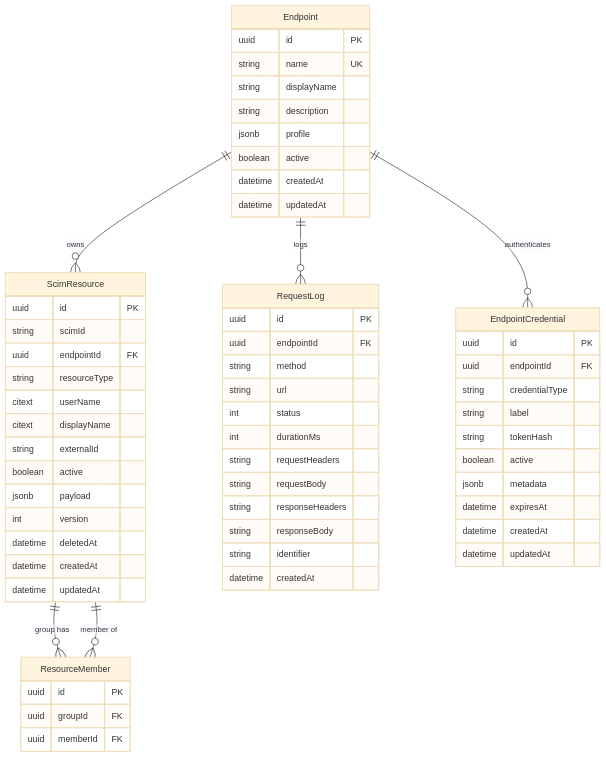
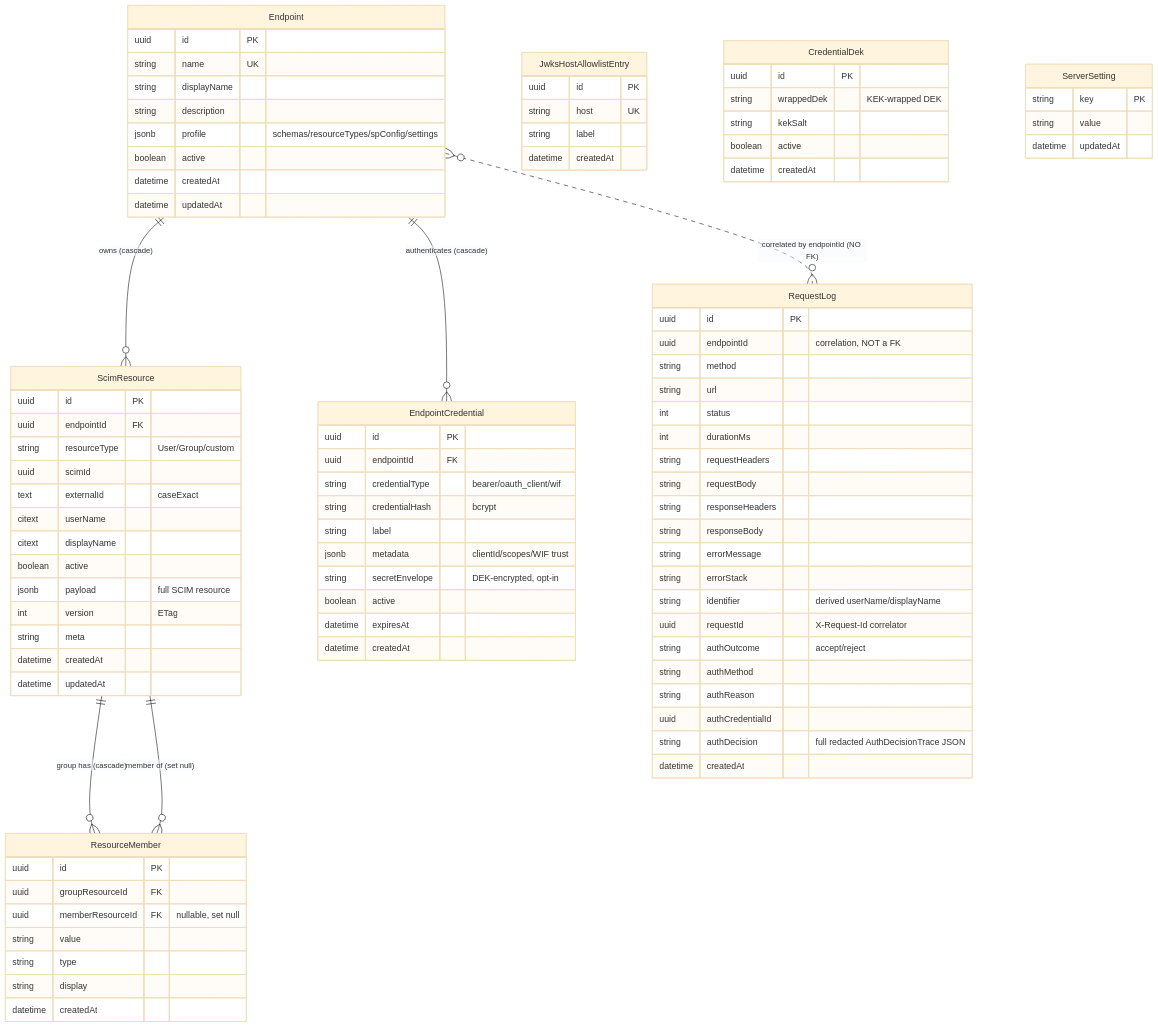
The first of 5 diagrams in README.md (pranems/SCIMServer), drawn with Mermaid (base theme) before and after one commit. The commit also changed other lines of this file and 2 other files, not shown here.

Commit message:
docs: sync DB model to current schema (8 tables) + RequestLog audit-trail decoupling
- README + TECHNICAL_DESIGN_DOCUMENT ER diagrams: were stale (5 tables, showed
  the removed Endpoint->RequestLog FK, wrong columns tokenHash/deletedAt, missing
  RequestLog auth/requestId columns + JwksHostAllowlistEntry/CredentialDek/
  ServerSetting). Now reflect the actual 8 tables + correct columns/relations.
- RequestLog.endpointId documented as a correlation column (NOT a FK): audit rows
  outlive the endpoint they describe; orphaned logs persist + are age-pruned
  (21d default), never cascaded on endpoint deletion.
- LOGGING_AND_OBSERVABILITY: added the FK-decoupling + orphaned-log lifecycle, the
  full RequestLog field list (auth summary + authDecision + requestId), and a
  clarifying table that there is ONE durable log table (RequestLog); the
  /log-config/audit endpoint is a category VIEW over the ephemeral ring buffer,
  not a second table.

````diff
--- a/README.md
+++ b/README.md
@@ -94,17 +99,17 @@
 ```mermaid
 erDiagram
-    Endpoint ||--o{ ScimResource : "owns"
-    Endpoint ||--o{ RequestLog : "logs"
-    Endpoint ||--o{ EndpointCredential : "authenticates"
-    ScimResource ||--o{ ResourceMember : "group has"
-    ScimResource ||--o{ ResourceMember : "member of"
+    Endpoint ||--o{ ScimResource : "owns (cascade)"
+    Endpoint ||--o{ EndpointCredential : "authenticates (cascade)"
+    ScimResource ||--o{ ResourceMember : "group has (cascade)"
+    ScimResource ||--o{ ResourceMember : "member of (set null)"
+    Endpoint }o..o{ RequestLog : "correlated by endpointId (NO FK)"
 
     Endpoint {
         uuid id PK
         string name UK
         string displayName
         string description
-        jsonb profile
+        jsonb profile "schemas/resourceTypes/spConfig/settings"
         boolean active
         datetime createdAt
         datetime updatedAt
@@ -112,23 +117,46 @@
 
     ScimResource {
         uuid id PK
-        string scimId
         uuid endpointId FK
-        string resourceType
+        string resourceType "User/Group/custom"
+        uuid scimId
+        text externalId "caseExact"
         citext userName
         citext displayName
-        string externalId
         boolean active
-        jsonb payload
-        int version
-        datetime deletedAt
+        jsonb payload "full SCIM resource"
+        int version "ETag"
+        string meta
         datetime createdAt
         datetime updatedAt
     }
 
+    ResourceMember {
+        uuid id PK
+        uuid groupResourceId FK
+        uuid memberResourceId FK "nullable, set null"
+        string value
+        string type
+        string display
+        datetime createdAt
+    }
+
+    EndpointCredential {
+        uuid id PK
+        uuid endpointId FK
+        string credentialType "bearer/oauth_client/wif"
+        string credentialHash "bcrypt"
+        string label
+        jsonb metadata "clientId/scopes/WIF trust"
+        string secretEnvelope "DEK-encrypted, opt-in"
+        boolean active
+        datetime expiresAt
+        datetime createdAt
+    }
+
     RequestLog {
         uuid id PK
-        uuid endpointId FK
+        uuid endpointId "correlation, NOT a FK"
         string method
         string url
         int status
@@ -137,26 +165,36 @@
         string requestBody
         string responseHeaders
         string responseBody
-        string identifier
+        string errorMessage
+        string errorStack
+        string identifier "derived userName/displayName"
+        uuid requestId "X-Request-Id correlator"
+        string authOutcome "accept/reject"
+        string authMethod
+        string authReason
+        uuid authCredentialId
+        string authDecision "full redacted AuthDecisionTrace JSON"
         datetime createdAt
     }
 
-    EndpointCredential {
+    JwksHostAllowlistEntry {
         uuid id PK
-        uuid endpointId FK
-        string credentialType
+        string host UK
         string label
-        string tokenHash
+        datetime createdAt
+    }
+
+    CredentialDek {
+        uuid id PK
+        string wrappedDek "KEK-wrapped DEK"
+        string kekSalt
         boolean active
-        jsonb metadata
-        datetime expiresAt
         datetime createdAt
+    }
+
+    ServerSetting {
+        string key PK
+        string value
         datetime updatedAt
     }
-
-    ResourceMember {
-        uuid id PK
-        uuid groupId FK
-        uuid memberId FK
-    }
 ```
````
